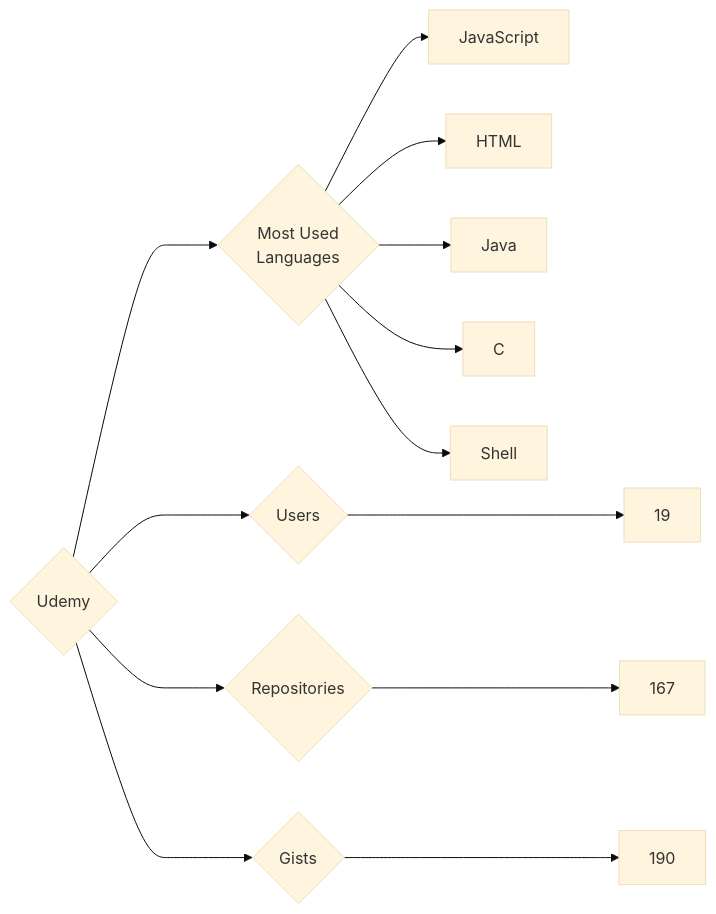
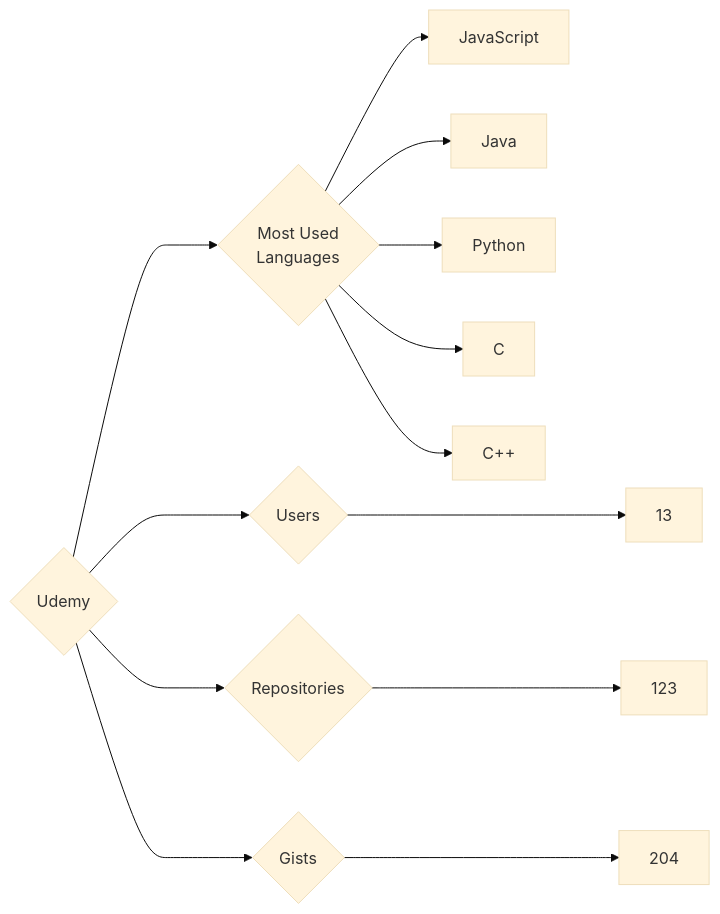
One commit to trickest/insiders changed the diagram in targets/Udemy/README.md. Above: the diagram before and after it, drawn with Mermaid (base theme). The commit also changed 833 other files, not shown here.

````diff
--- a/targets/Udemy/README.md
+++ b/targets/Udemy/README.md
@@ -3,13 +3,13 @@
 ```mermaid
 graph LR
 COMPANY_NAME{Udemy}
-COMPANY_NAME ---> U{Users} ---> UN[19]
-COMPANY_NAME ---> R{Repositories} ---> RN[167]
-COMPANY_NAME ---> G{Gists} ---> GN[190]
+COMPANY_NAME ---> U{Users} ---> UN[13]
+COMPANY_NAME ---> R{Repositories} ---> RN[123]
+COMPANY_NAME ---> G{Gists} ---> GN[204]
 COMPANY_NAME ---> ML{Most Used<br>Languages}
 ML --> JavaScript[JavaScript]
-ML --> HTML[HTML]
 ML --> Java[Java]
+ML --> Python[Python]
 ML --> C[C]
-ML --> Shell[Shell]
+ML --> C++[C++]
 ```
````
